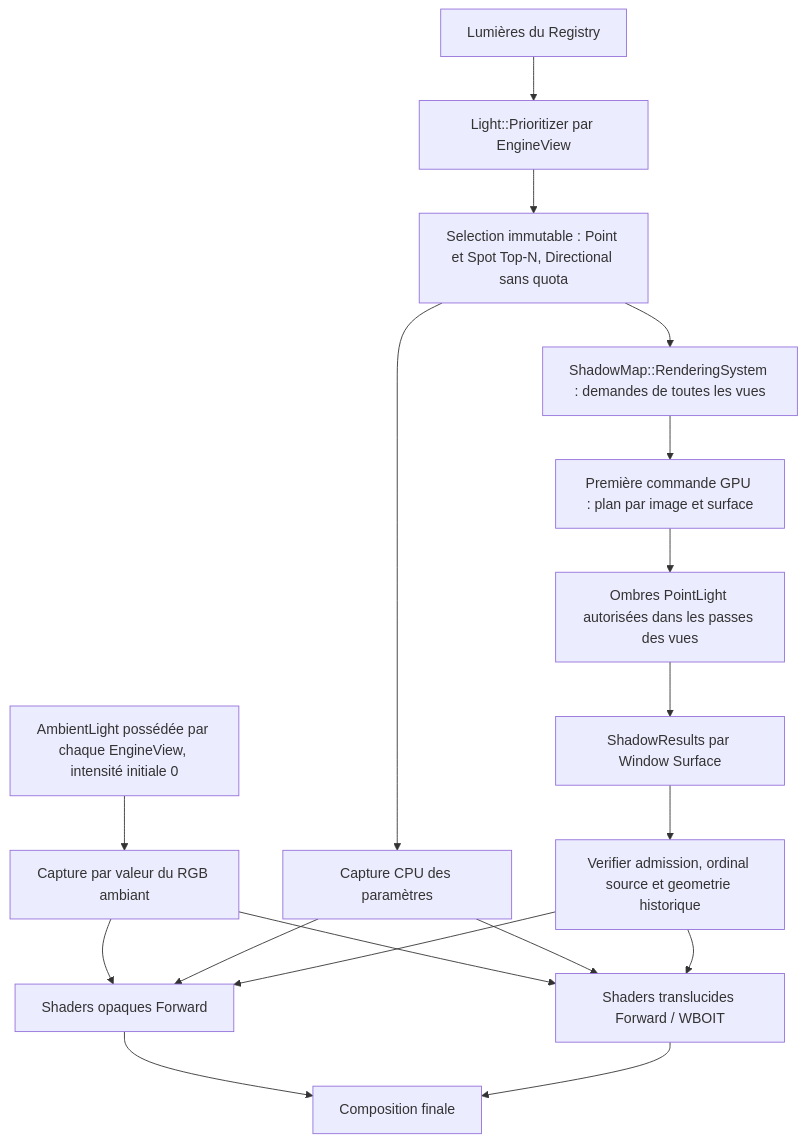
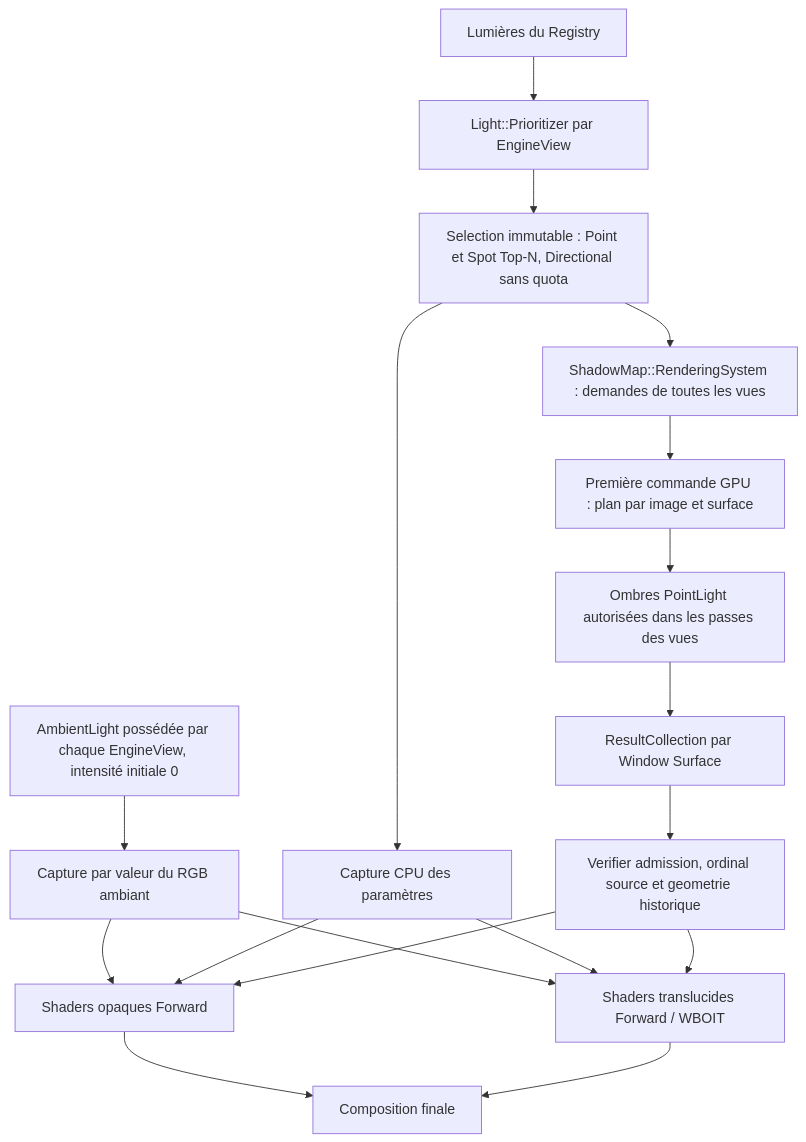
Before and after one commit to EreliaStudio/Sparkle: the fourth of 7 diagrams in docs/voxel-engine-v0.1.4/09-pipeline-gpu-transparence.md, drawn with Mermaid. The commit also changed other lines of this file and 5 other files, not shown here.

Commit message:
docs(PR21): use ShadowMap::Result and ResultCollection terminology

````diff
--- a/docs/voxel-engine-v0.1.4/09-pipeline-gpu-transparence.md
+++ b/docs/voxel-engine-v0.1.4/09-pipeline-gpu-transparence.md
@@ -145,20 +145,20 @@
 ```mermaid
 flowchart TD
   L["Lumières du Registry"] --> P["Light::Prioritizer par EngineView"]
   P --> S["Selection immutable : Point et Spot Top-N, Directional sans quota"]
   S --> C["Capture CPU des paramètres"]
   A["AmbientLight possédée par chaque EngineView, intensité initiale 0"] --> AC["Capture par valeur du RGB ambiant"]
   AC --> O
   AC --> W
   C --> O["Shaders opaques Forward"]
   C --> W["Shaders translucides Forward / WBOIT"]
   S --> SH["ShadowMap::RenderingSystem : demandes de toutes les vues"]
   SH --> Prep["Première commande GPU : plan par image et surface"]
   Prep --> Passes["Ombres PointLight autorisées dans les passes des vues"]
-  Passes --> R["ShadowResults par Window Surface"]
+  Passes --> R["ResultCollection par Window Surface"]
   R --> G["Verifier admission, ordinal source et geometrie historique"]
   G --> O
   G --> W
   O --> F["Composition finale"]
   W --> F
 ```
````
